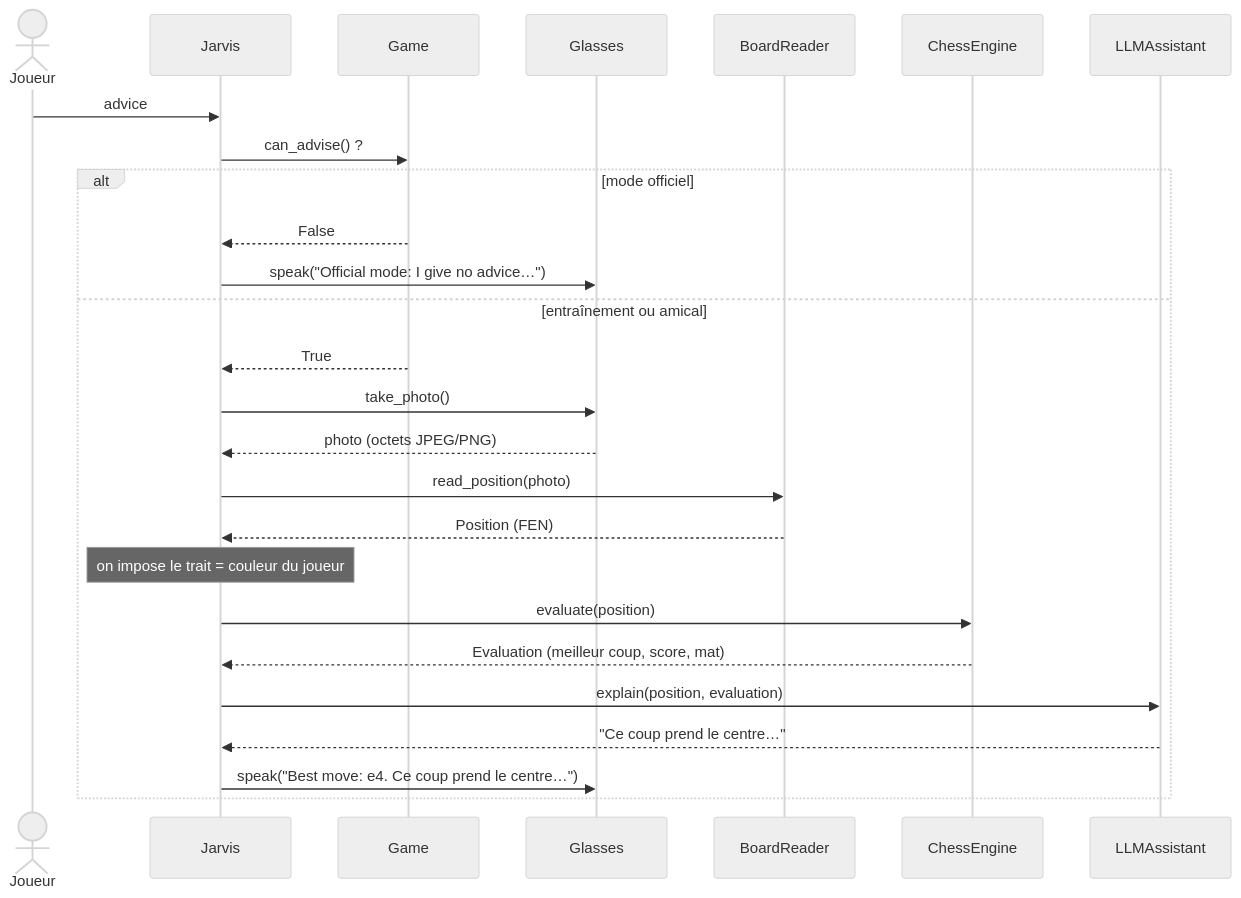
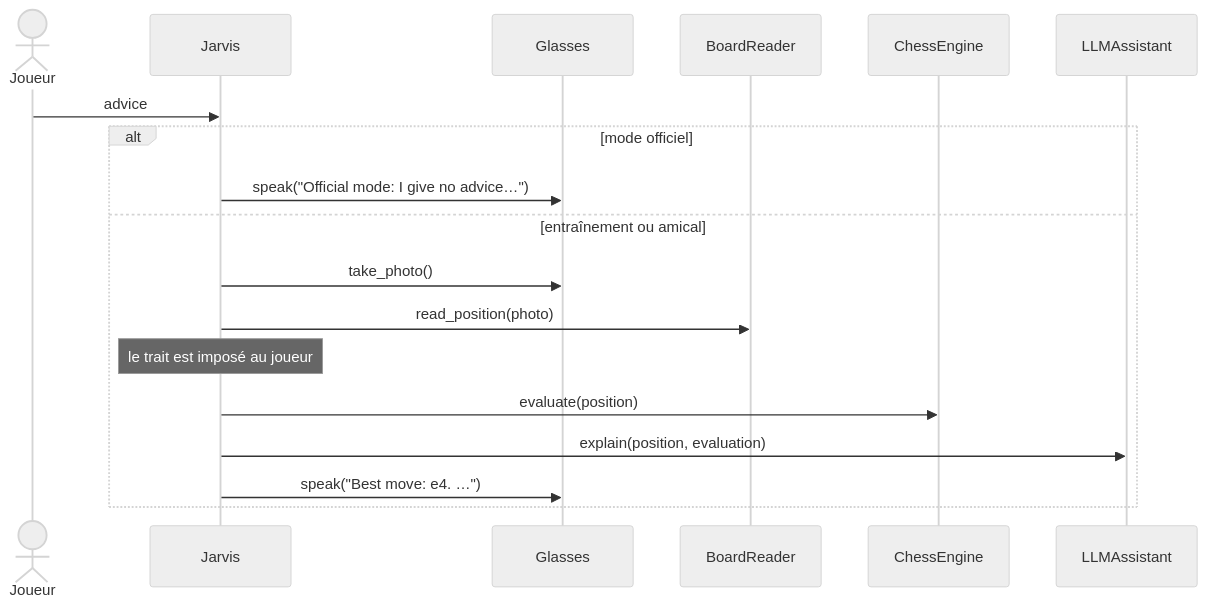
One commit to JaggyINK/Jagvis changed the second of 2 diagrams in docs/ARCHITECTURE.md. Above: the diagram before and after it, drawn with Mermaid (neutral theme). The commit also changed other lines of this file and 3 other files, not shown here.

Commit message:
docs: simpler and up to date README, SUIVI, ARCHITECTURE and COMMANDES

````diff
--- a/docs/ARCHITECTURE.md
+++ b/docs/ARCHITECTURE.md
@@ -244,29 +121,21 @@
 ```mermaid
 sequenceDiagram
     actor Joueur
     participant J as Jarvis
-    participant G as Game
     participant L as Glasses
     participant B as BoardReader
     participant E as ChessEngine
     participant A as LLMAssistant
 
     Joueur->>J: advice
-    J->>G: can_advise() ?
     alt mode officiel
-        G-->>J: False
         J->>L: speak("Official mode: I give no advice…")
     else entraînement ou amical
-        G-->>J: True
         J->>L: take_photo()
-        L-->>J: photo (octets JPEG/PNG)
         J->>B: read_position(photo)
-        B-->>J: Position (FEN)
-        Note over J: on impose le trait = couleur du joueur
+        Note over J: le trait est imposé au joueur
         J->>E: evaluate(position)
-        E-->>J: Evaluation (meilleur coup, score, mat)
         J->>A: explain(position, evaluation)
-        A-->>J: "Ce coup prend le centre…"
-        J->>L: speak("Best move: e4. Ce coup prend le centre…")
+        J->>L: speak("Best move: e4. …")
     end
 ```
````
